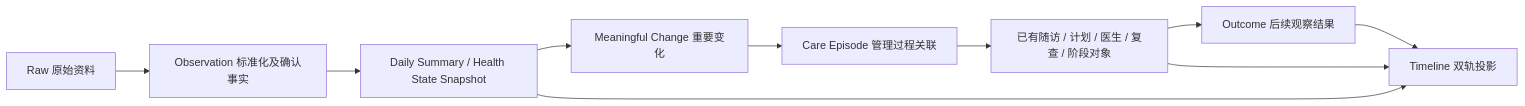
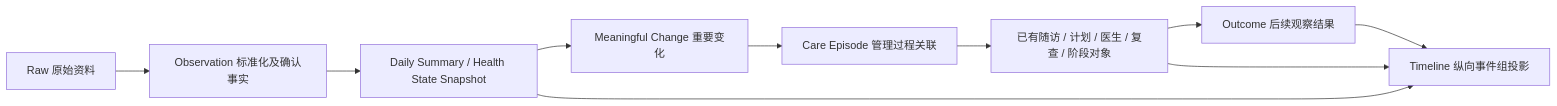
Before and after one commit to KaedeharaT/executive-healthops: the diagram in docs/ai-native/LONGITUDINAL_TIMELINE.md, drawn with Mermaid. The commit also changed other lines of this file and 15 other files, not shown here.

Commit message:
refactor: make longitudinal timeline care-episode centered

````diff
--- a/docs/ai-native/LONGITUDINAL_TIMELINE.md
+++ b/docs/ai-native/LONGITUDINAL_TIMELINE.md
@@ -9,12 +9,12 @@
 ```mermaid
 flowchart LR
   R[Raw 原始资料] --> O[Observation 标准化及确认事实]
   O --> S[Daily Summary / Health State Snapshot]
   S --> C[Meaningful Change 重要变化]
   C --> E[Care Episode 管理过程关联]
   E --> A[已有随访 / 计划 / 医生 / 复查 / 阶段对象]
   A --> U[Outcome 后续观察结果]
-  U --> T[Timeline 双轨投影]
+  U --> T[Timeline 纵向事件组投影]
   S --> T
   A --> T
 ```
````
